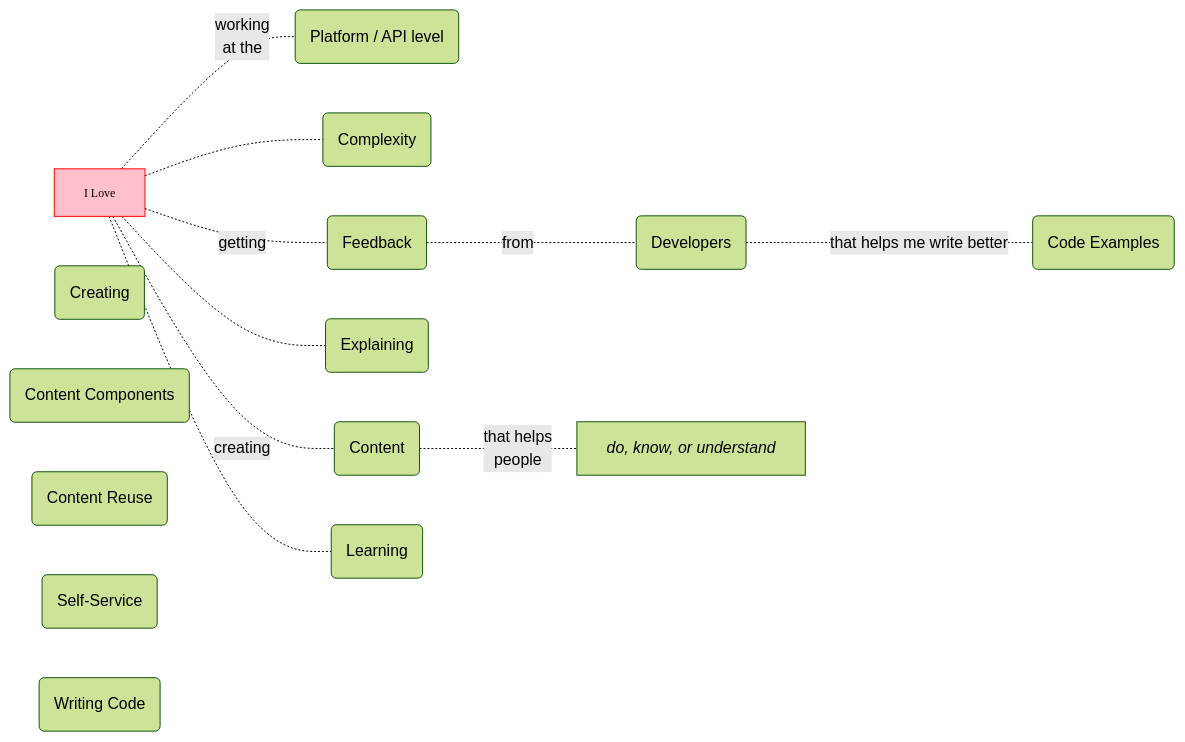
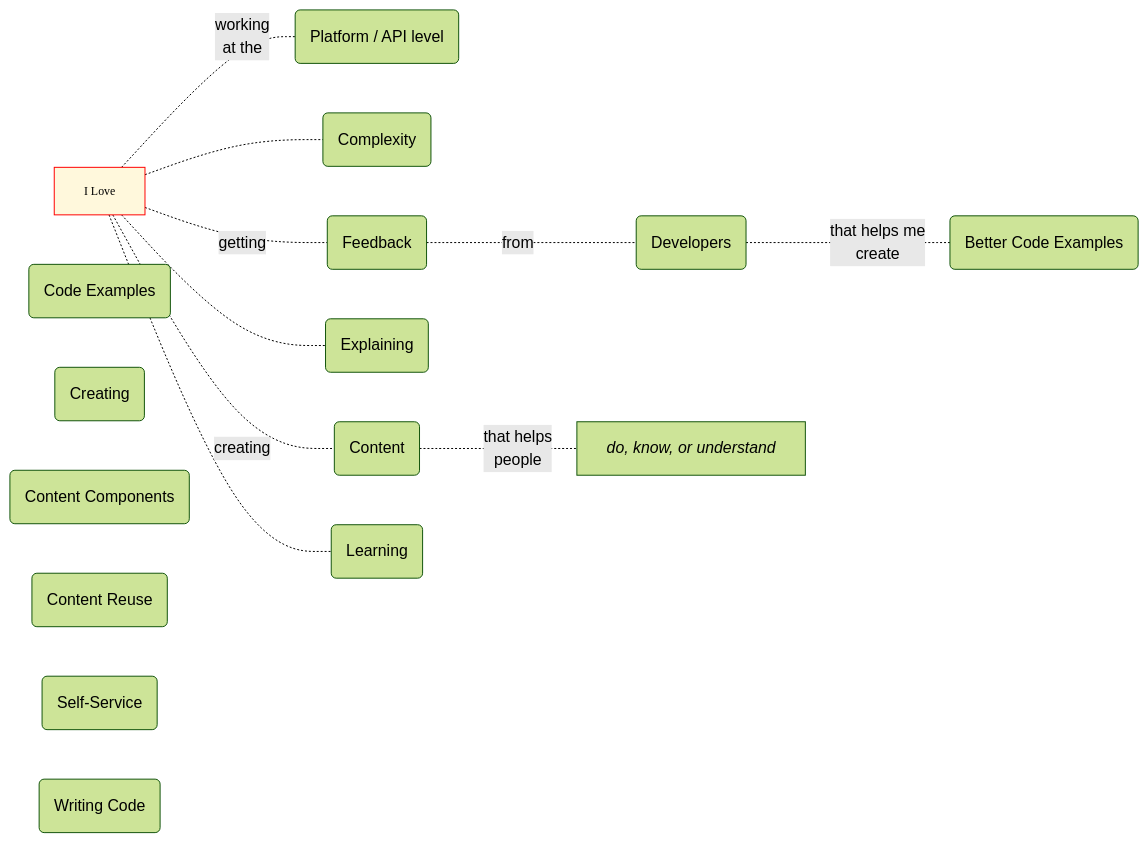
Before and after one commit to joe-dorward/samples: the diagram in overview.md, drawn with Mermaid.

````diff
--- a/overview.md
+++ b/overview.md
@@ -1,49 +1,51 @@
 ```mermaid
 %%{init: { "theme":"forest"} }%%
 flowchart LR
   classDef Compact font-family:verdana, font-size:7.5pt, text-align:left;
   classDef Variables fill:white, stroke:white, font-family:courier new, font-size:10pt;
   classDef Object fill:white, stroke:white, font-family:verdana, font-size:9pt;
 
-  classDef Start fill:pink, stroke:red, font-family:verdana, font-size:9pt;
+  classDef Start fill:cornsilk, stroke:red, font-family:verdana, font-size:9pt;
 
 I_LOVE["I Love"]:::Start
 
 PLATFORM_API("Platform / API level")
 
 CODE_EXAMPLES("Code Examples")
+BETTER_CODE_EXAMPLES("Better Code Examples")
 
 COMPLEXITY("Complexity")
 CREATING("Creating")
 CONTENT("Content")
 CONTENT_COMPONENTS("Content Components")
 CONTENT_REUSE("Content Reuse")
 
 DEVELOPERS("Developers")
 EXPLAINING("Explaining")
 
 FEEDBACK("Feedback")
 
 LEARNING("Learning")
 SELF_SERVICE("Self-Service")
 
 DO_KNOW_UNDERSTAND["`*do, know, or understand*`"]
 style DO_KNOW_UNDERSTAND text-align:left
 
 WRITING_CODE("Writing Code")
 
 %% CONNECTIONS
 
 I_LOVE-."working
 at the".-PLATFORM_API
 
 I_LOVE-.-COMPLEXITY
 I_LOVE-.-LEARNING
 I_LOVE-.-EXPLAINING
 
 I_LOVE-.creating.-CONTENT-."that helps
 people".-DO_KNOW_UNDERSTAND
 
-I_LOVE-.getting.-FEEDBACK-.from.-DEVELOPERS-.that helps me write better.-CODE_EXAMPLES
+I_LOVE-.getting.-FEEDBACK-.from.-DEVELOPERS-.that helps me
+  create.-BETTER_CODE_EXAMPLES
 
 ```
````
